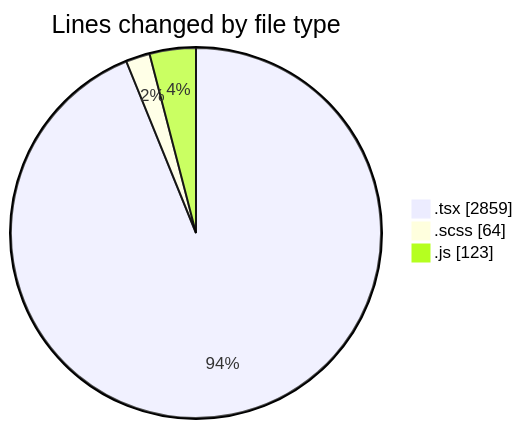
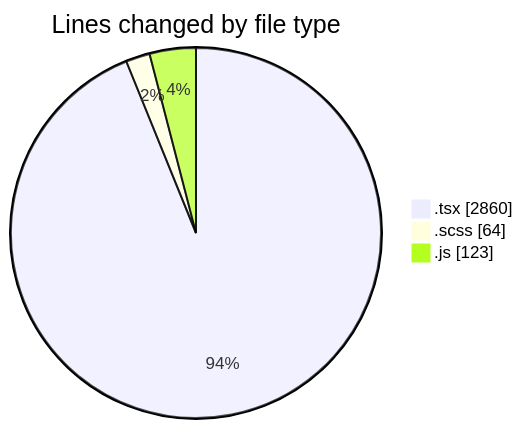
The first of 2 diagrams in 2025-06-16/cda/README.md (momahboobian/code-tracking), drawn with Mermaid before and after one commit. The commit also changed other lines of this file and 1 other file, not shown here.

````diff
--- a/2025-06-16/cda/README.md
+++ b/2025-06-16/cda/README.md
@@ -33,7 +33,7 @@
 ```mermaid
 pie showData
 title Lines changed by file type
-".tsx" : 2859
+".tsx" : 2860
 ".scss" : 64
 ".js" : 123
 ```
````
